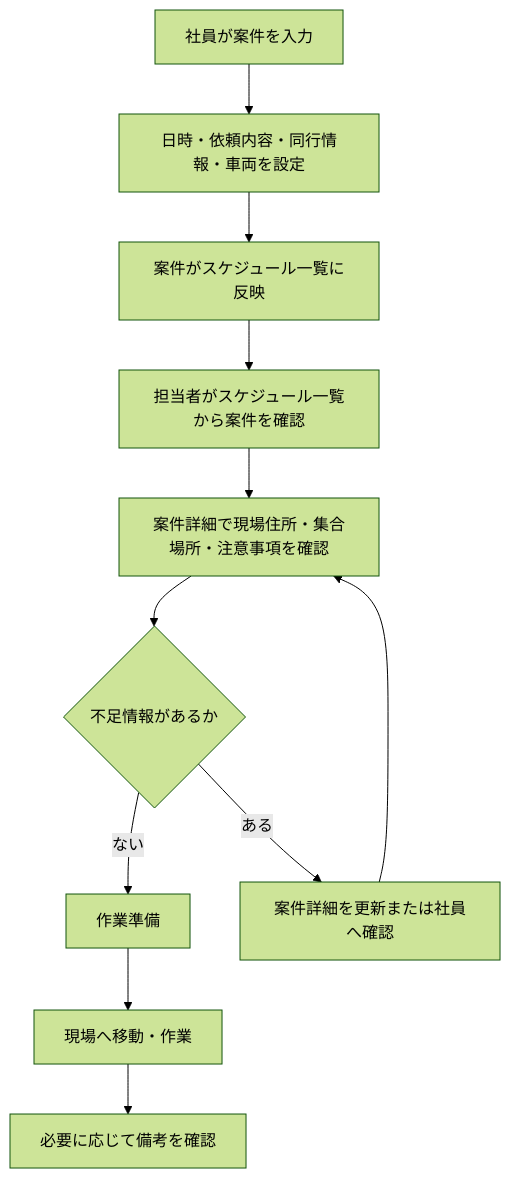
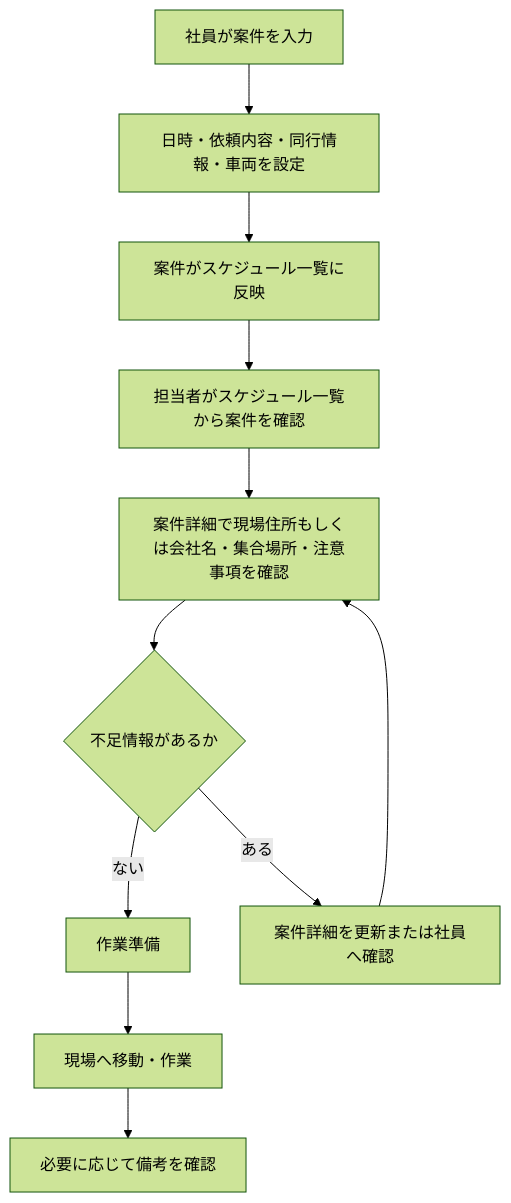
Before and after one commit to yuya-dev-dev/schedule-system: the second of 2 diagrams in docs/business-flow.md, drawn with Mermaid (forest theme). The commit also changed other lines of this file and 10 other files, not shown here.

````diff
--- a/docs/business-flow.md
+++ b/docs/business-flow.md
@@ -34,13 +34,13 @@
 ```mermaid
 flowchart TD
     A["社員が案件を入力"] --> B["日時・依頼内容・同行情報・車両を設定"]
     B --> C["案件がスケジュール一覧に反映"]
     C --> D["担当者がスケジュール一覧から案件を確認"]
-    D --> E["案件詳細で現場住所・集合場所・注意事項を確認"]
+    D --> E["案件詳細で現場住所もしくは会社名・集合場所・注意事項を確認"]
     E --> F{"不足情報があるか"}
     F -- "ない" --> G["作業準備"]
     F -- "ある" --> H["案件詳細を更新または社員へ確認"]
     H --> E
     G --> I["現場へ移動・作業"]
     I --> J["必要に応じて備考を確認"]
 ```
````
